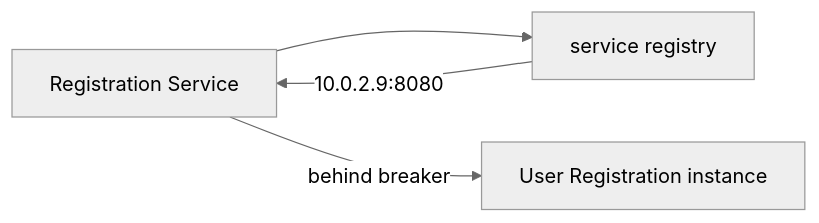
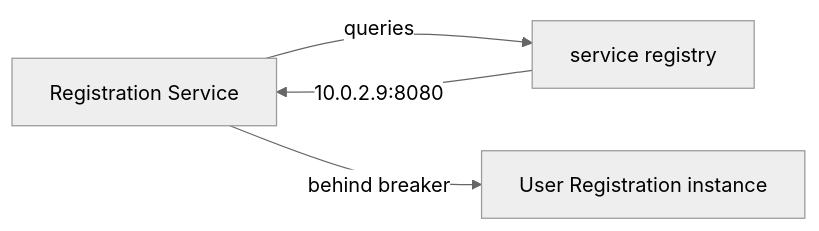
One commit to vinayakuber/microservices-io-study-guide changed diagram 12 of 13 in docs/ch06-remote-procedure-invocation.md. Above: the diagram before and after it, drawn with Mermaid (neutral theme). The commit also changed other lines of this file and 71 other files, not shown here.

First line of the commit message:
R18: label every diagram arrow with its meaning

````diff
--- a/docs/ch06-remote-procedure-invocation.md
+++ b/docs/ch06-remote-procedure-invocation.md
@@ -436,6 +436,6 @@
 ```mermaid
 flowchart LR
-  C["Registration Service"] --> DISC["service registry"]
+  C["Registration Service"] -->|"queries"| DISC["service registry"]
   DISC -->|"10.0.2.9:8080"| C
   C -->|"behind breaker"| SVC["User Registration instance"]
 ```
````
